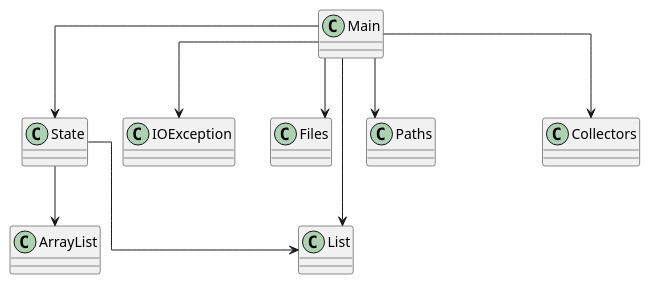
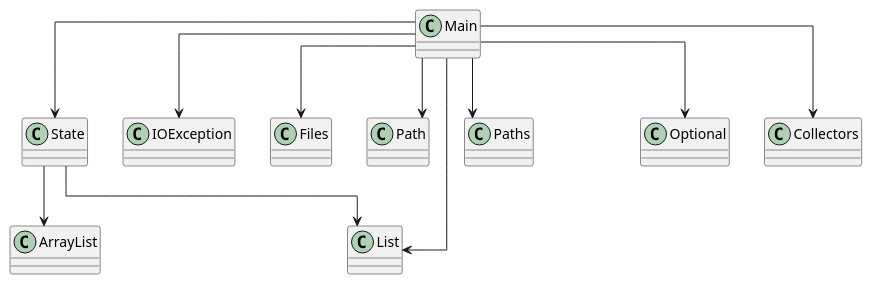
Before and after one commit to SirMathhman/Magma: the diagram in diagram.puml, drawn with PlantUML. The commit also changed 1 other file, not shown here.

```diff
--- a/diagram.puml
+++ b/diagram.puml
@@ -1,13 +1,15 @@
 @startuml
 skinparam linetype ortho
-class Main
 Main --> State
 Main --> IOException
 Main --> Files
+Main --> Path
 Main --> Paths
 Main --> List
+Main --> Optional
 Main --> Collectors
-class State
+class Main
 State --> ArrayList
 State --> List
+class State
 @enduml
```
